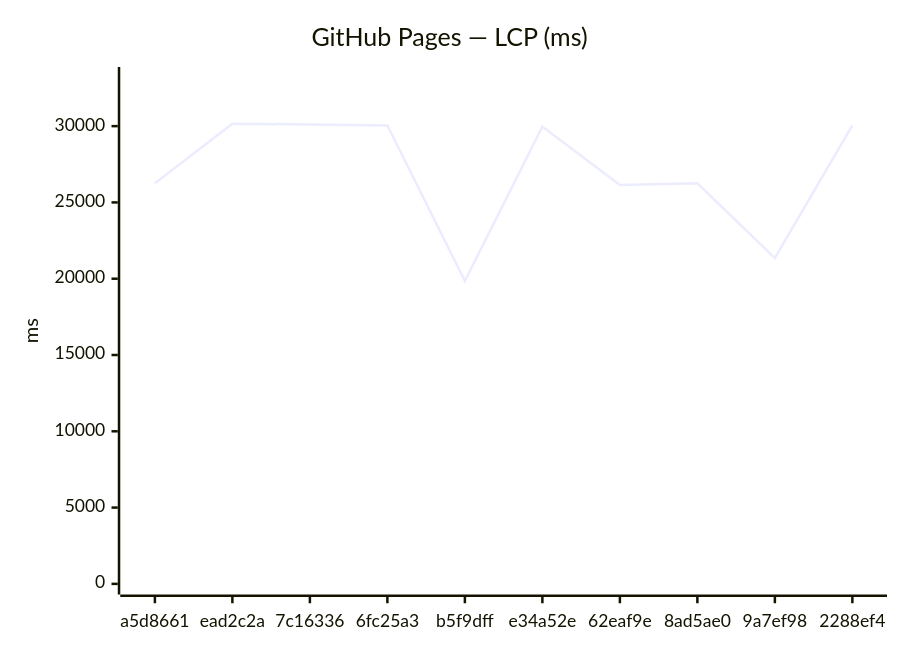
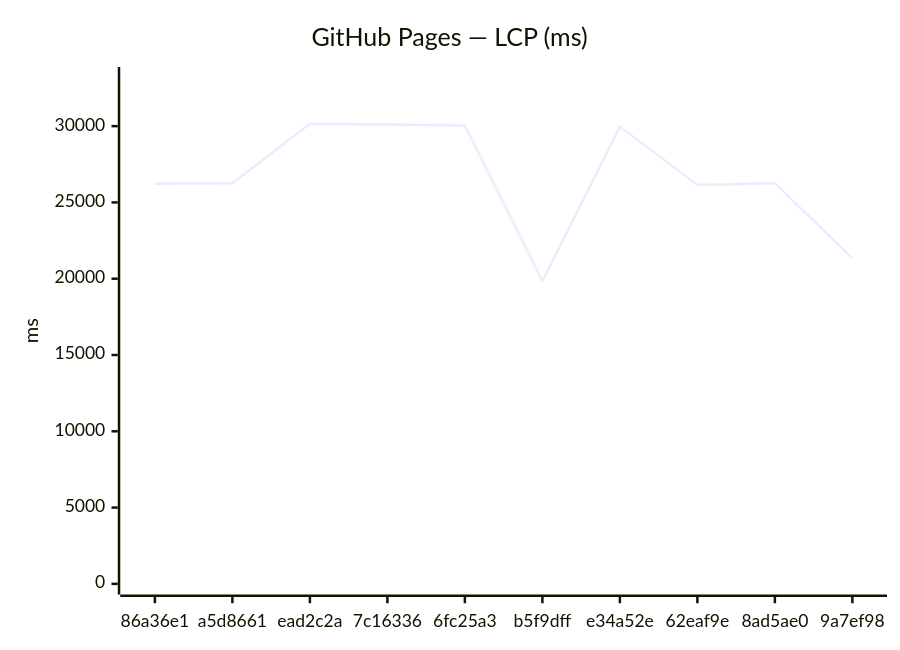
One commit to Metaheurist/Rianell changed the third of 12 diagrams in benchmarks/compare.md. Above: the diagram before and after it, drawn with Mermaid. The commit also changed other lines of this file and 8 other files, not shown here.

````diff
--- a/benchmarks/compare.md
+++ b/benchmarks/compare.md
@@ -54,7 +54,7 @@
 ```mermaid
 xychart-beta
     title "GitHub Pages — LCP (ms)"
-    x-axis ["a5d8661", "ead2c2a", "7c16336", "6fc25a3", "b5f9dff", "e34a52e", "62eaf9e", "8ad5ae0", "9a7ef98", "2288ef4"]
+    x-axis ["86a36e1", "a5d8661", "ead2c2a", "7c16336", "6fc25a3", "b5f9dff", "e34a52e", "62eaf9e", "8ad5ae0", "9a7ef98"]
     y-axis "ms" 0 --> 33179
-    line [26258, 30162, 30106, 30044, 19849, 29974, 26139, 26251, 21355, 30056]
+    line [26222, 26258, 30162, 30106, 30044, 19849, 29974, 26139, 26251, 21355]
 ```
````
